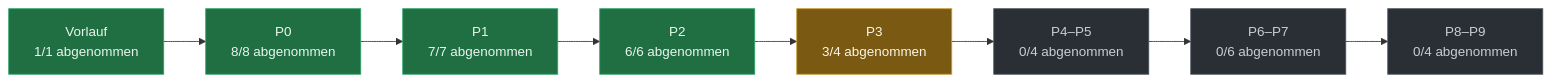
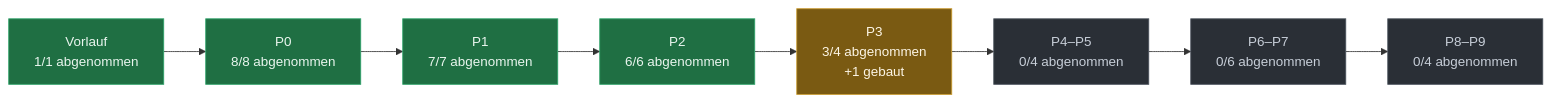
The diagram in docs/PLAN-STAND.md (evenacadia-tech/Nakama), drawn with Mermaid before and after one commit. The commit also changed other lines of this file, not shown here.

````diff
--- a/docs/PLAN-STAND.md
+++ b/docs/PLAN-STAND.md
@@ -35,21 +37,21 @@
 ```mermaid
 flowchart LR
   P0["Vorlauf<br/>1/1 abgenommen"]:::fertig
   P1["P0<br/>8/8 abgenommen"]:::fertig
   P0 --> P1
   P2["P1<br/>7/7 abgenommen"]:::fertig
   P1 --> P2
   P3["P2<br/>6/6 abgenommen"]:::fertig
   P2 --> P3
-  P4["P3<br/>3/4 abgenommen"]:::laeuft
+  P4["P3<br/>3/4 abgenommen<br/>+1 gebaut"]:::laeuft
   P3 --> P4
   P5["P4–P5<br/>0/4 abgenommen"]:::offen
   P4 --> P5
   P6["P6–P7<br/>0/6 abgenommen"]:::offen
   P5 --> P6
   P7["P8–P9<br/>0/4 abgenommen"]:::offen
   P6 --> P7
   classDef fertig fill:#1f6f43,stroke:#2ea36a,color:#eaf6ef
   classDef laeuft fill:#7a5a12,stroke:#c99a2e,color:#fdf6e6
   classDef offen  fill:#2a2f36,stroke:#4a525c,color:#c7ced8
 ```
````
